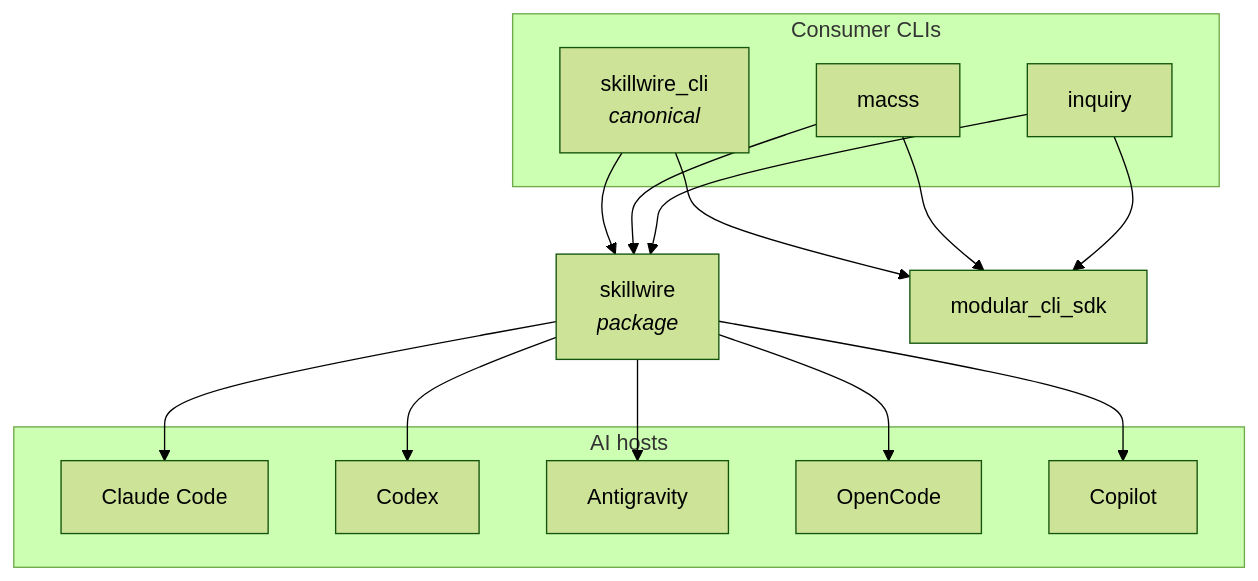
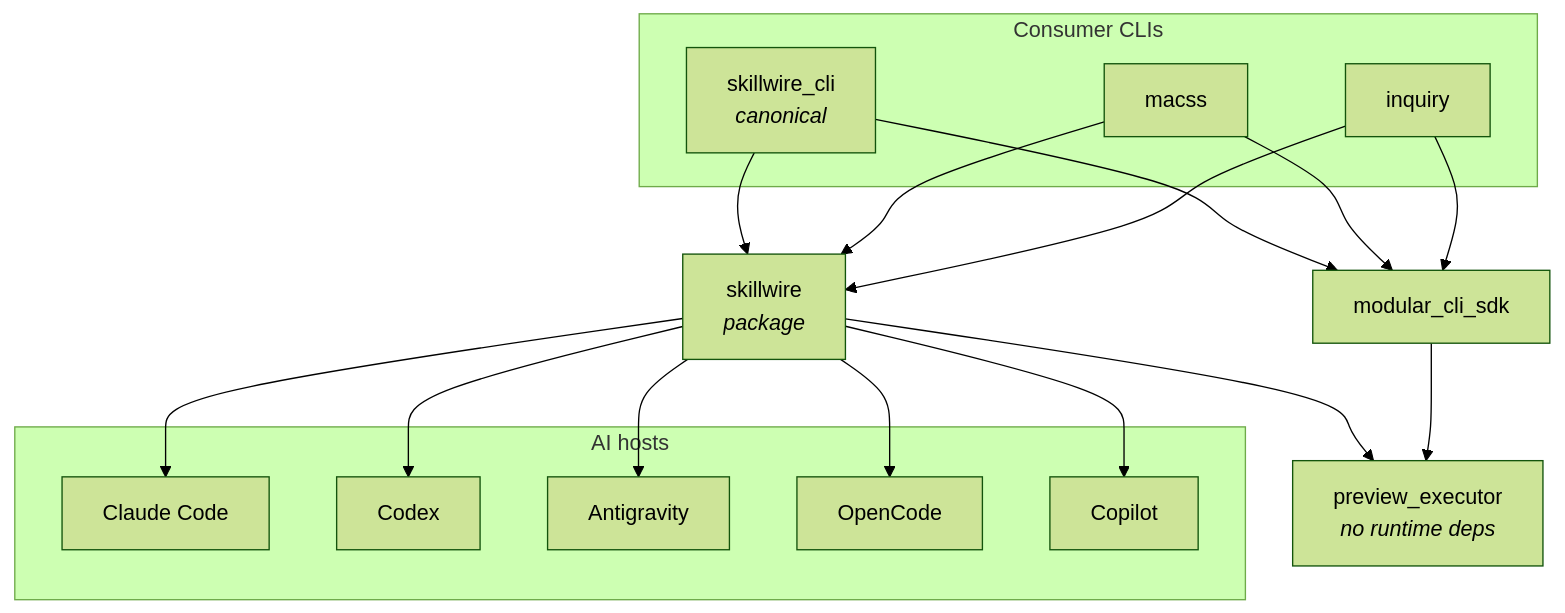
One commit to ccisnedev/skillwire changed the first of 4 diagrams in docs/architecture.md. Above: the diagram before and after it, drawn with Mermaid (forest theme). The commit also changed other lines of this file and 2 other files, not shown here.

````diff
--- a/docs/architecture.md
+++ b/docs/architecture.md
@@ -28,31 +42,34 @@
 ```mermaid
 graph TD
     subgraph consumers[Consumer CLIs]
         SW["skillwire_cli<br/><i>canonical</i>"]
         MA["macss"]
         IN["inquiry"]
     end
 
     LIB["skillwire<br/><i>package</i>"]
     SDK["modular_cli_sdk"]
+    PX["preview_executor<br/><i>no runtime deps</i>"]
 
     subgraph hosts[AI hosts]
         CC["Claude Code"]
         CX["Codex"]
         AG["Antigravity"]
         OC["OpenCode"]
         CP["Copilot"]
     end
 
     SW --> LIB
     MA --> LIB
     IN --> LIB
     SW --> SDK
     MA --> SDK
     IN --> SDK
+    LIB --> PX
+    SDK --> PX
     LIB --> CC
     LIB --> CX
     LIB --> AG
     LIB --> OC
     LIB --> CP
 ```
````
